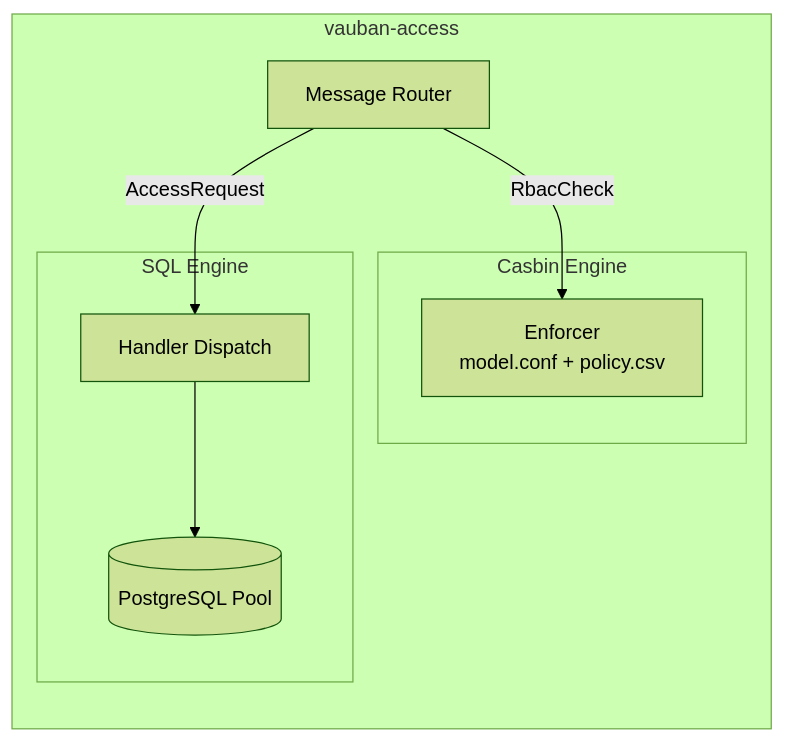
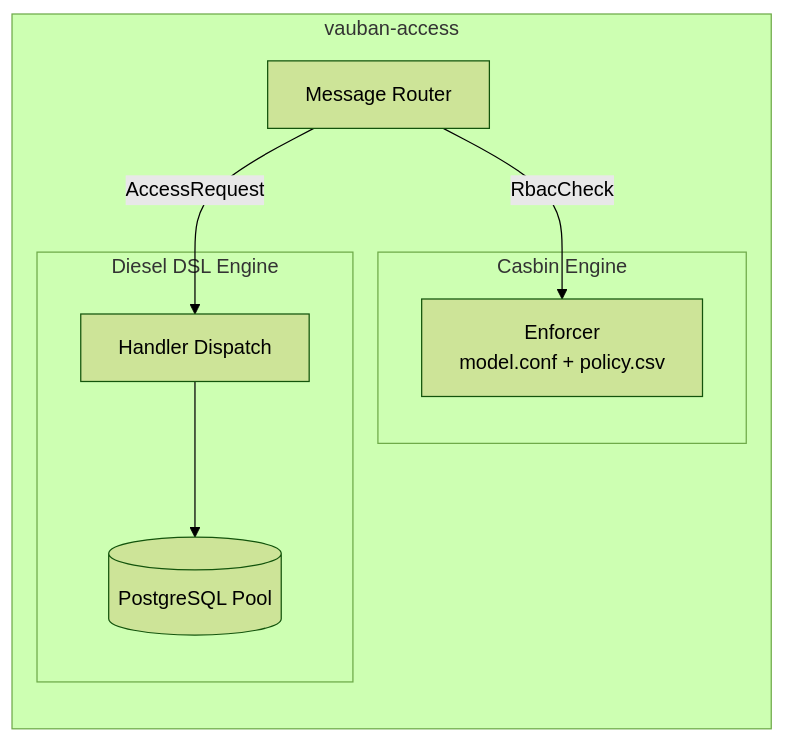
The fifth of 16 diagrams in docs/technical/Vauban_IAM_Architecture_EN(1.0).md (rbenaley/Vauban), drawn with Mermaid (forest theme) before and after one commit. The commit also changed other lines of this file, not shown here.

First line of the commit message:
docs(iam): align IAM architecture doc with current implementation

````diff
--- a/docs/technical/Vauban_IAM_Architecture_EN(1.0).md
+++ b/docs/technical/Vauban_IAM_Architecture_EN(1.0).md
@@ -260,21 +262,21 @@
 ```mermaid
 flowchart TB
     subgraph vauban_access [vauban-access]
         direction TB
 
         MSG[Message Router]
 
         subgraph casbin [Casbin Engine]
             E["Enforcer<br/>model.conf + policy.csv"]
         end
 
-        subgraph sql_engine [SQL Engine]
+        subgraph dsl_engine [Diesel DSL Engine]
             H["Handler Dispatch"]
             DB[(PostgreSQL Pool)]
         end
 
         MSG -->|RbacCheck| E
         MSG -->|AccessRequest| H
         H --> DB
     end
 ```
````
